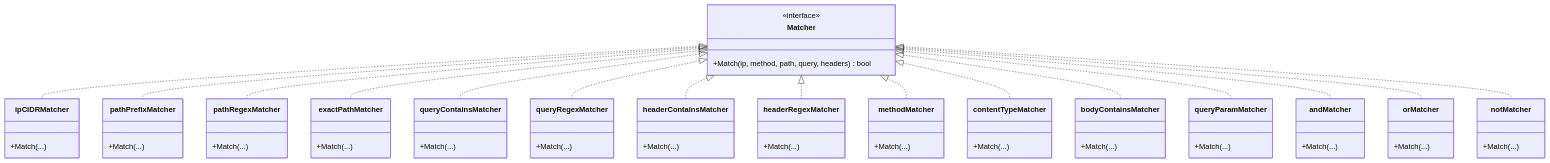
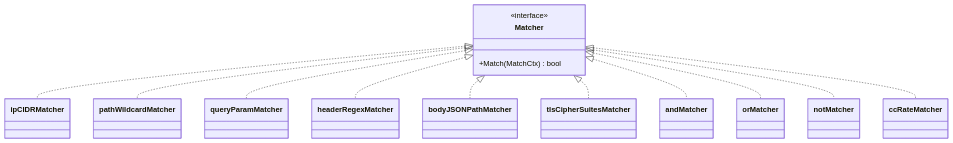
The third of 4 diagrams in docs/WAF 引擎系统/处理阶段详解/自定义规则阶段.md (x01n/My-OpenWaf), drawn with Mermaid before and after one commit. The commit also changed other lines of this file and 622 other files, not shown here.

````diff
--- a/docs/WAF 引擎系统/处理阶段详解/自定义规则阶段.md
+++ b/docs/WAF 引擎系统/处理阶段详解/自定义规则阶段.md
@@ -213,67 +156,27 @@
 ```mermaid
 classDiagram
 class Matcher {
 <<interface>>
-+Match(ip, method, path, query, headers) bool
++Match(MatchCtx) bool
 }
-class ipCIDRMatcher {
-+Match(...)
-}
-class pathPrefixMatcher {
-+Match(...)
-}
-class pathRegexMatcher {
-+Match(...)
-}
-class exactPathMatcher {
-+Match(...)
-}
-class queryContainsMatcher {
-+Match(...)
-}
-class queryRegexMatcher {
-+Match(...)
-}
-class headerContainsMatcher {
-+Match(...)
-}
-class headerRegexMatcher {
-+Match(...)
-}
-class methodMatcher {
-+Match(...)
-}
-class contentTypeMatcher {
-+Match(...)
-}
-class bodyContainsMatcher {
-+Match(...)
-}
-class queryParamMatcher {
-+Match(...)
-}
-class andMatcher {
-+Match(...)
-}
-class orMatcher {
-+Match(...)
-}
-class notMatcher {
-+Match(...)
-}
+class ipCIDRMatcher
+class pathWildcardMatcher
+class queryParamMatcher
+class headerRegexMatcher
+class bodyJSONPathMatcher
+class tlsCipherSuitesMatcher
+class andMatcher
+class orMatcher
+class notMatcher
+class ccRateMatcher
 Matcher <|.. ipCIDRMatcher
-Matcher <|.. pathPrefixMatcher
-Matcher <|.. pathRegexMatcher
-Matcher <|.. exactPathMatcher
-Matcher <|.. queryContainsMatcher
-Matcher <|.. queryRegexMatcher
-Matcher <|.. headerContainsMatcher
+Matcher <|.. pathWildcardMatcher
+Matcher <|.. queryParamMatcher
 Matcher <|.. headerRegexMatcher
-Matcher <|.. methodMatcher
-Matcher <|.. contentTypeMatcher
-Matcher <|.. bodyContainsMatcher
-Matcher <|.. queryParamMatcher
+Matcher <|.. bodyJSONPathMatcher
+Matcher <|.. tlsCipherSuitesMatcher
 Matcher <|.. andMatcher
 Matcher <|.. orMatcher
 Matcher <|.. notMatcher
+Matcher <|.. ccRateMatcher
 ```
````
